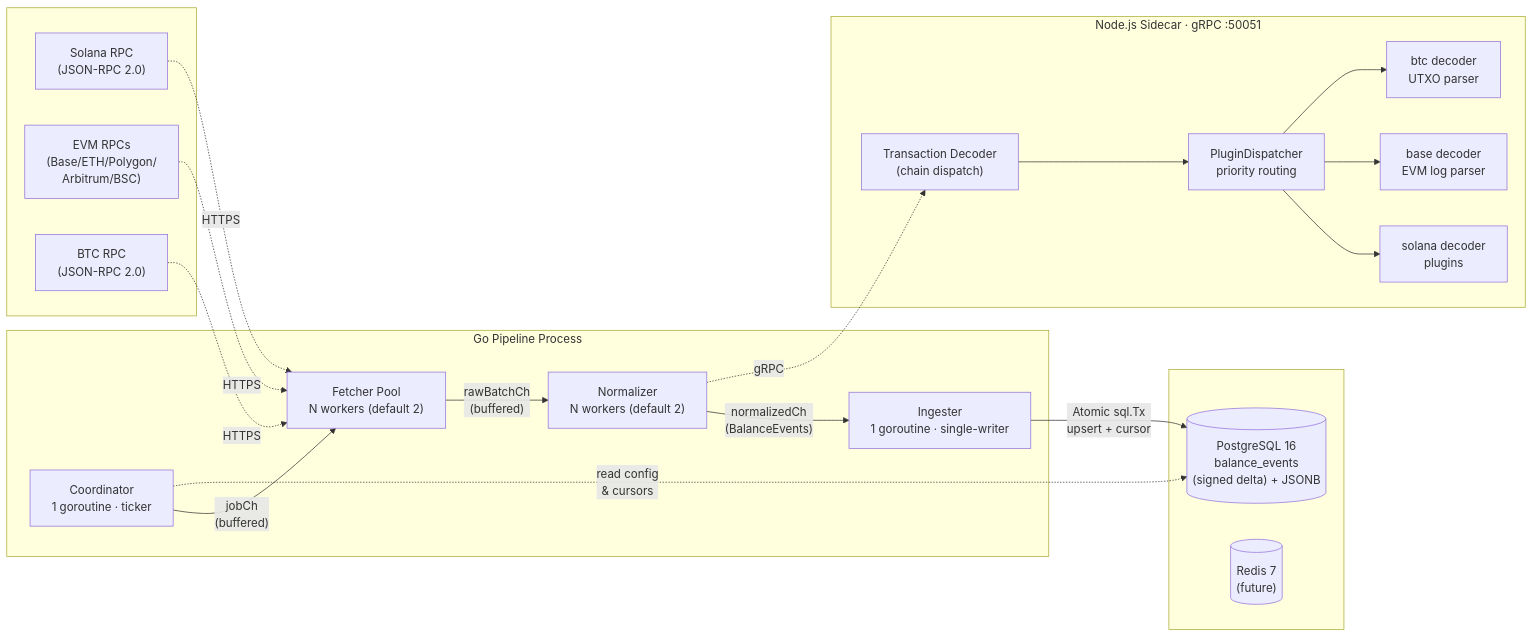
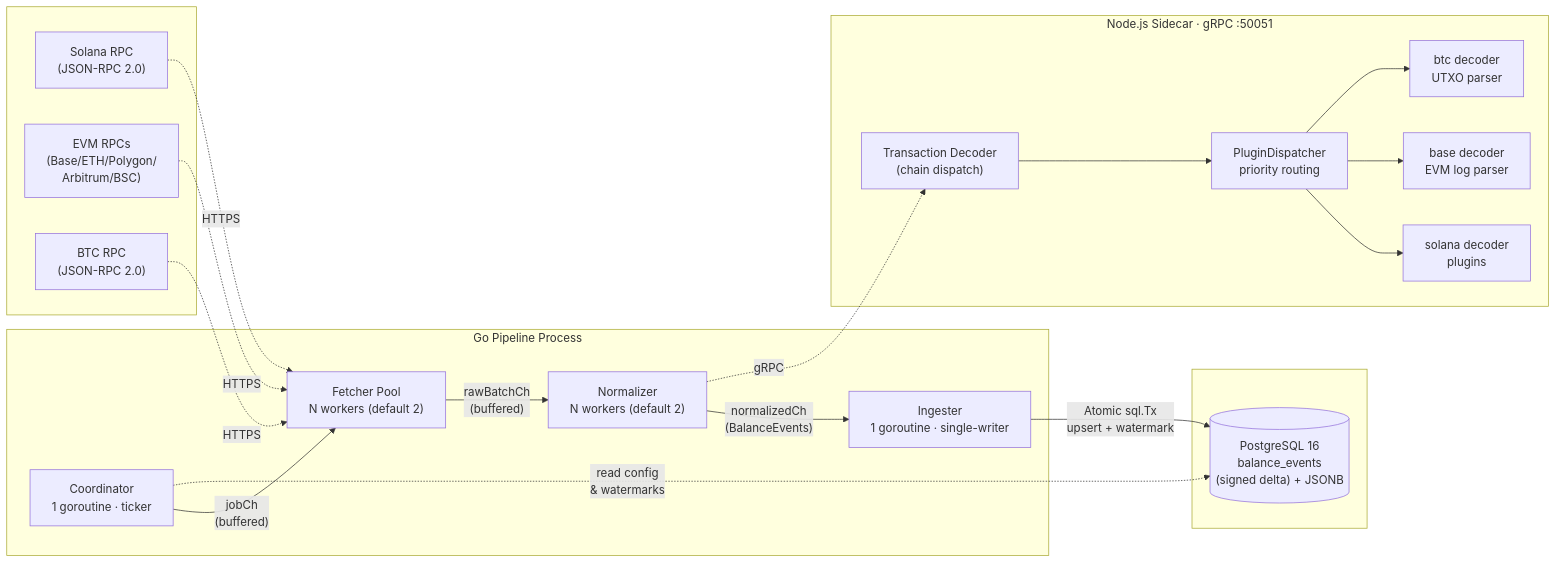
Before and after one commit to emperorhan/multichain-indexer: the first of 5 diagrams in README.md, drawn with Mermaid. The commit also changed other lines of this file and 4 other files, not shown here.

First line of the commit message:
docs: Redis 제거 + address_cursors 제거 반영 — 문서 5개 최신화

````diff
--- a/README.md
+++ b/README.md
@@ -21,43 +21,42 @@
 ```mermaid
 graph LR
     subgraph external_left [" "]
         RPC1["Solana RPC\n(JSON-RPC 2.0)"]
         RPC2["EVM RPCs\n(Base/ETH/Polygon/\nArbitrum/BSC)"]
         RPC3["BTC RPC\n(JSON-RPC 2.0)"]
     end
 
     subgraph go_process ["Go Pipeline Process"]
         COORD["Coordinator\n1 goroutine · ticker"]
         FETCH["Fetcher Pool\nN workers (default 2)"]
         NORM["Normalizer\nN workers (default 2)"]
         INGEST["Ingester\n1 goroutine · single-writer"]
 
         COORD -- "jobCh\n(buffered)" --> FETCH
         FETCH -- "rawBatchCh\n(buffered)" --> NORM
         NORM -- "normalizedCh\n(BalanceEvents)" --> INGEST
     end
 
     subgraph sidecar ["Node.js Sidecar · gRPC :50051"]
         TX_DEC["Transaction Decoder\n(chain dispatch)"]
         DISP["PluginDispatcher\npriority routing"]
         SPL["solana decoder\nplugins"]
         EVM["base decoder\nEVM log parser"]
         BTC["btc decoder\nUTXO parser"]
         TX_DEC --> DISP
         DISP --> SPL
         DISP --> EVM
         DISP --> BTC
     end
 
     subgraph external_right [" "]
         PG[("PostgreSQL 16\nbalance_events\n(signed delta) + JSONB")]
-        REDIS[("Redis 7\n(future)")]
     end
 
     RPC1 -. "HTTPS" .-> FETCH
     RPC2 -. "HTTPS" .-> FETCH
     RPC3 -. "HTTPS" .-> FETCH
     NORM -. "gRPC" .-> TX_DEC
-    INGEST -- "Atomic sql.Tx\nupsert + cursor" --> PG
-    COORD -. "read config\n& cursors" .-> PG
+    INGEST -- "Atomic sql.Tx\nupsert + watermark" --> PG
+    COORD -. "read config\n& watermarks" .-> PG
 ```
````
